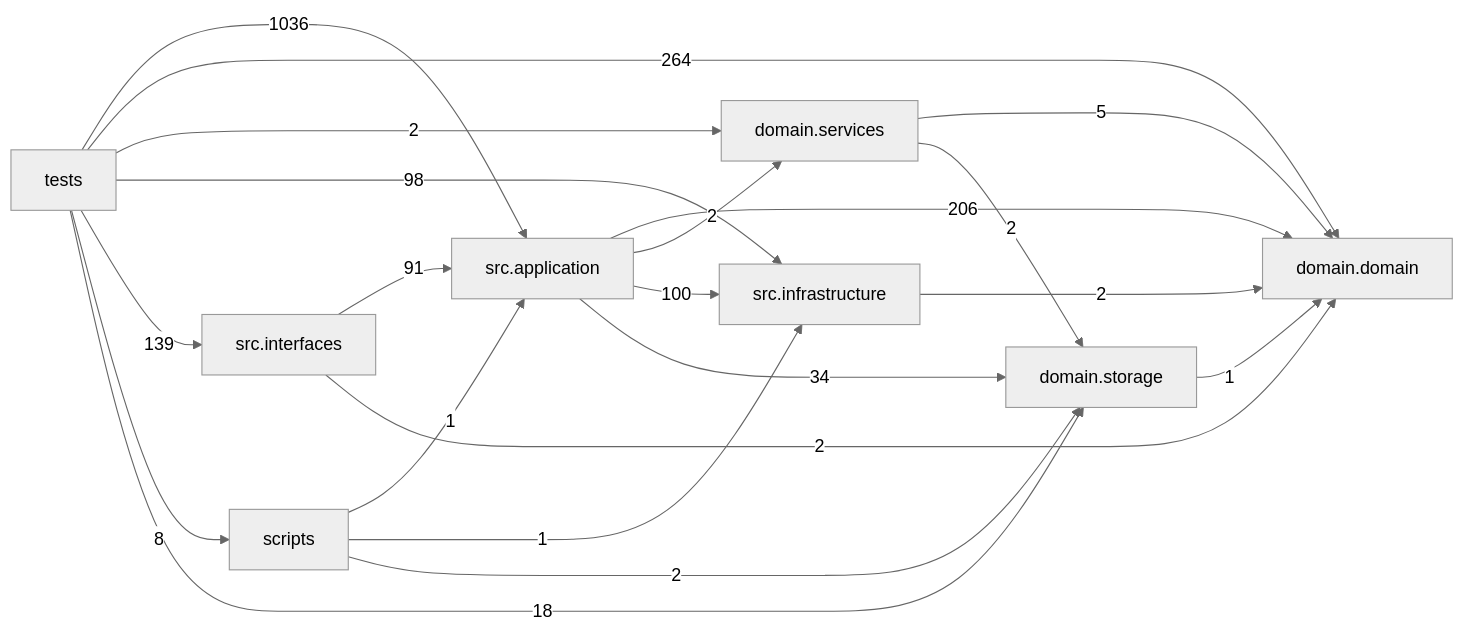
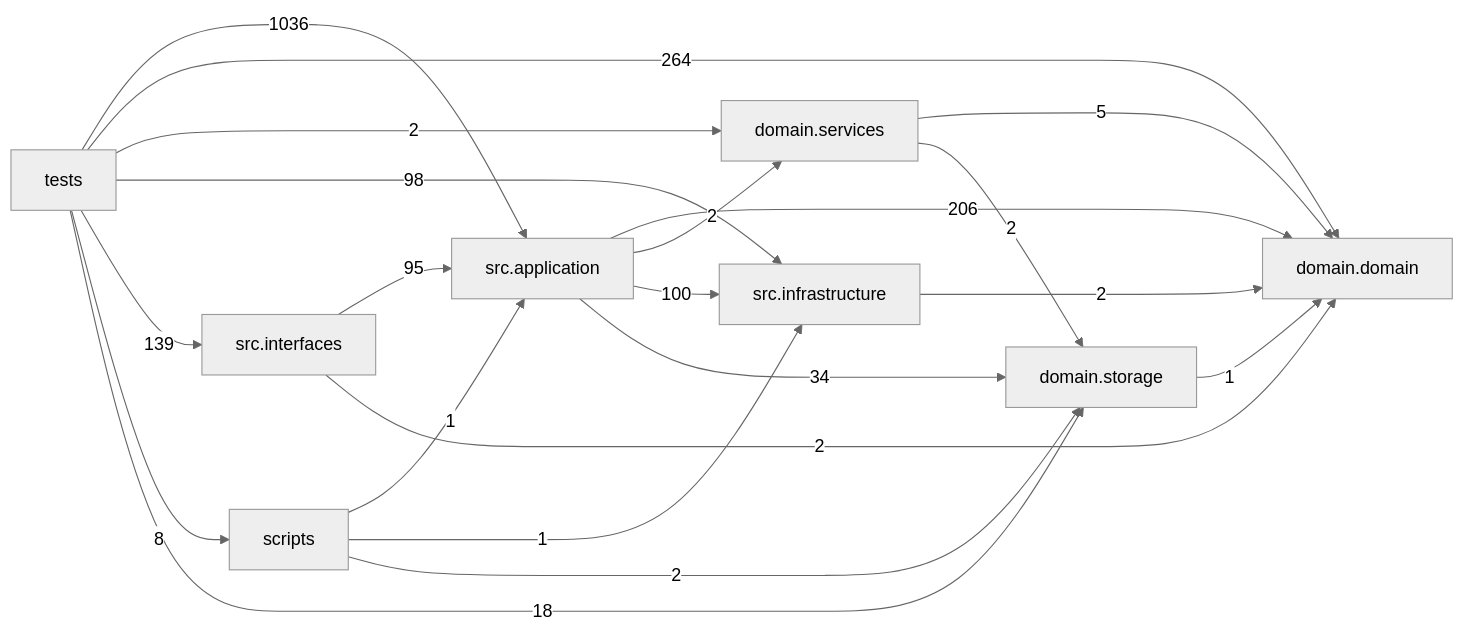
One commit to liuxie066/options-monitor changed the diagram in docs/DEPENDENCY_GRAPH.md. Above: the diagram before and after it, drawn with Mermaid (neutral theme). The commit also changed other lines of this file and 12 other files, not shown here.

````diff
--- a/docs/DEPENDENCY_GRAPH.md
+++ b/docs/DEPENDENCY_GRAPH.md
@@ -24,31 +24,31 @@
 ```mermaid
 flowchart LR
   tests["tests"]
   scripts["scripts"]
   interfaces["src.interfaces"]
   application["src.application"]
   infrastructure["src.infrastructure"]
   domain_services["domain.services"]
   domain["domain.domain"]
   storage["domain.storage"]
   application -->|206| domain
   application -->|2| domain_services
   application -->|100| infrastructure
   application -->|34| storage
   domain_services -->|5| domain
   domain_services -->|2| storage
   infrastructure -->|2| domain
-  interfaces -->|91| application
+  interfaces -->|95| application
   interfaces -->|2| domain
   scripts -->|1| application
   scripts -->|1| infrastructure
   scripts -->|2| storage
   storage -->|1| domain
   tests -->|1036| application
   tests -->|264| domain
   tests -->|2| domain_services
   tests -->|98| infrastructure
   tests -->|139| interfaces
   tests -->|8| scripts
   tests -->|18| storage
 ```
````
